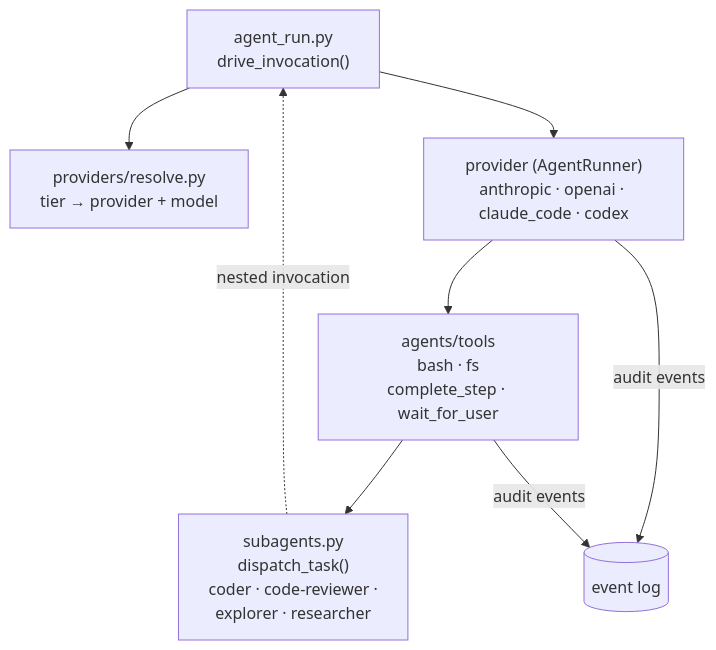
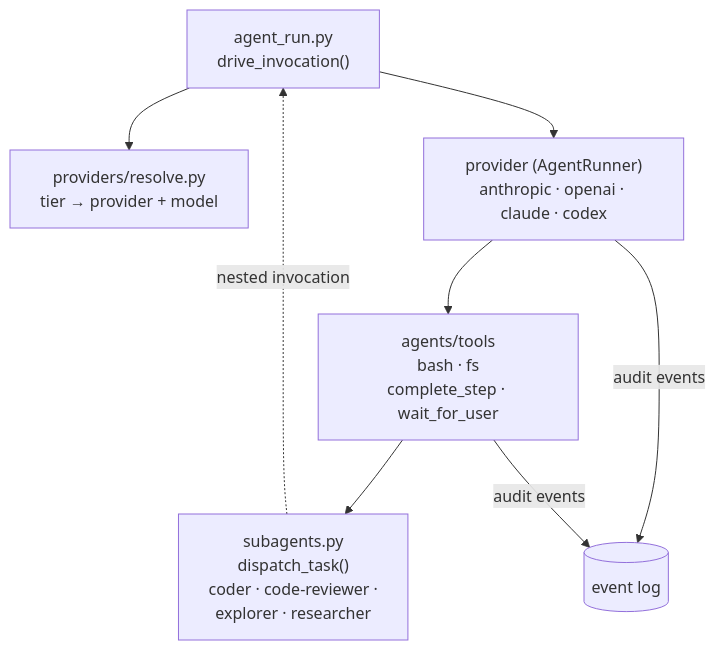
The third of 13 diagrams in docs/internals/architecture.md (jpoimboe/imp), drawn with Mermaid before and after one commit. The commit also changed 4 other files, not shown here.

First line of the commit message:
docs: name the claude provider in the architecture diagram and playbooks

````diff
--- a/docs/internals/architecture.md
+++ b/docs/internals/architecture.md
@@ -62,10 +62,10 @@
 ```mermaid
 flowchart TB
   AR["agent_run.py<br/>drive_invocation()"] --> RES["providers/resolve.py<br/>tier → provider + model"]
-  AR --> PROV["provider (AgentRunner)<br/>anthropic · openai · claude_code · codex"]
+  AR --> PROV["provider (AgentRunner)<br/>anthropic · openai · claude · codex"]
   PROV --> TOOLS["agents/tools<br/>bash · fs<br/>complete_step · wait_for_user"]
   TOOLS --> SUB["subagents.py<br/>dispatch_task()<br/>coder · code-reviewer ·<br/>explorer · researcher"]
   SUB -.->|"nested invocation"| AR
   PROV -->|"audit events"| LOG[("event log")]
   TOOLS -->|"audit events"| LOG
 ```
````
